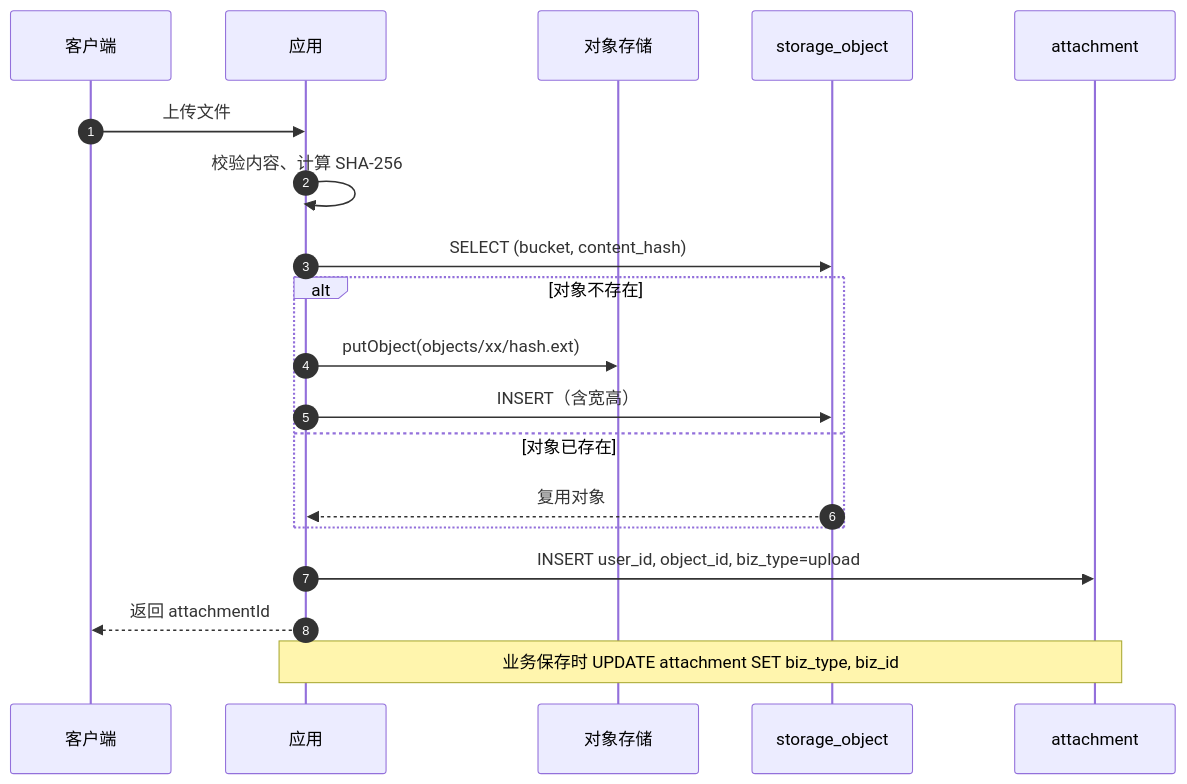
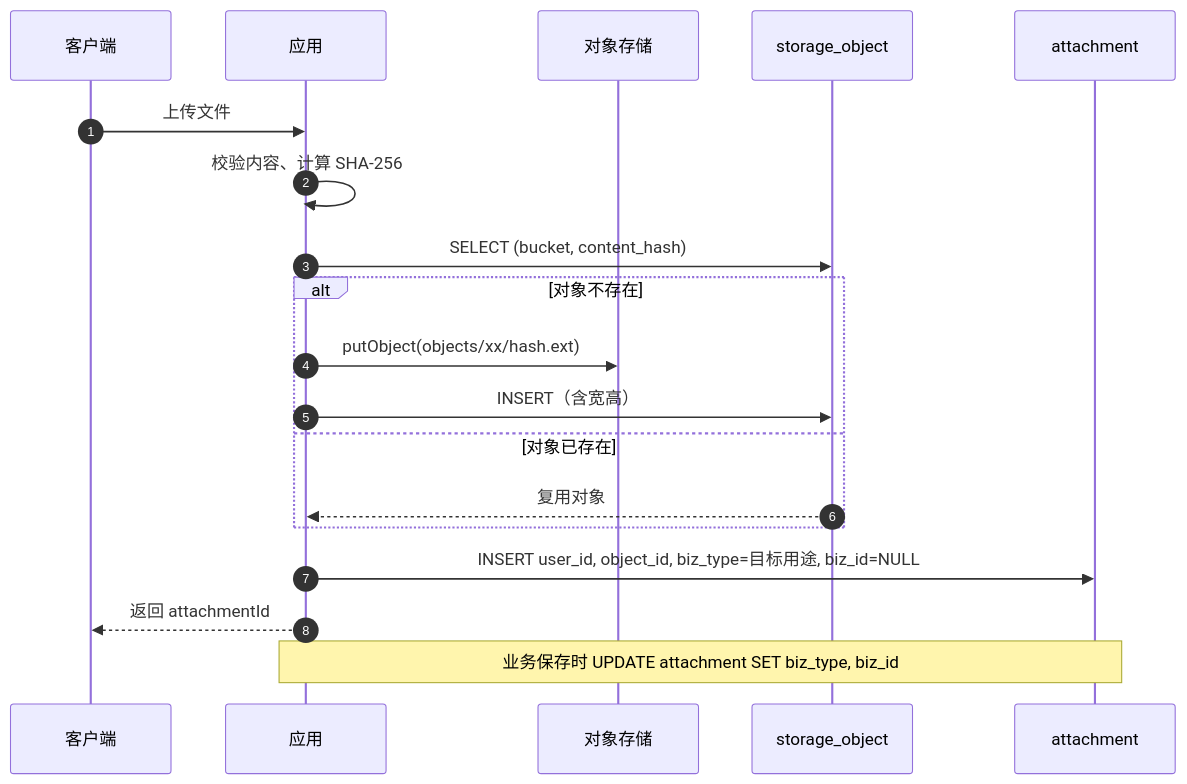
The first of 7 diagrams in docs/附件与来源表设计.md (lys1313013/aio-life-server), drawn with Mermaid before and after one commit. The commit also changed other lines of this file and 5 other files, not shown here.

````diff
--- a/docs/附件与来源表设计.md
+++ b/docs/附件与来源表设计.md
@@ -461,22 +453,22 @@
 ```mermaid
 sequenceDiagram
     autonumber
     participant C as 客户端
     participant A as 应用
     participant M as 对象存储
     participant SO as storage_object
     participant AR as attachment
 
     C->>A: 上传文件
     A->>A: 校验内容、计算 SHA-256
     A->>SO: SELECT (bucket, content_hash)
     alt 对象不存在
         A->>M: putObject(objects/xx/hash.ext)
         A->>SO: INSERT（含宽高）
     else 对象已存在
         SO-->>A: 复用对象
     end
-    A->>AR: INSERT user_id, object_id, biz_type=upload
+    A->>AR: INSERT user_id, object_id, biz_type=目标用途, biz_id=NULL
     A-->>C: 返回 attachmentId
     Note over A,AR: 业务保存时 UPDATE attachment SET biz_type, biz_id
 ```
````
